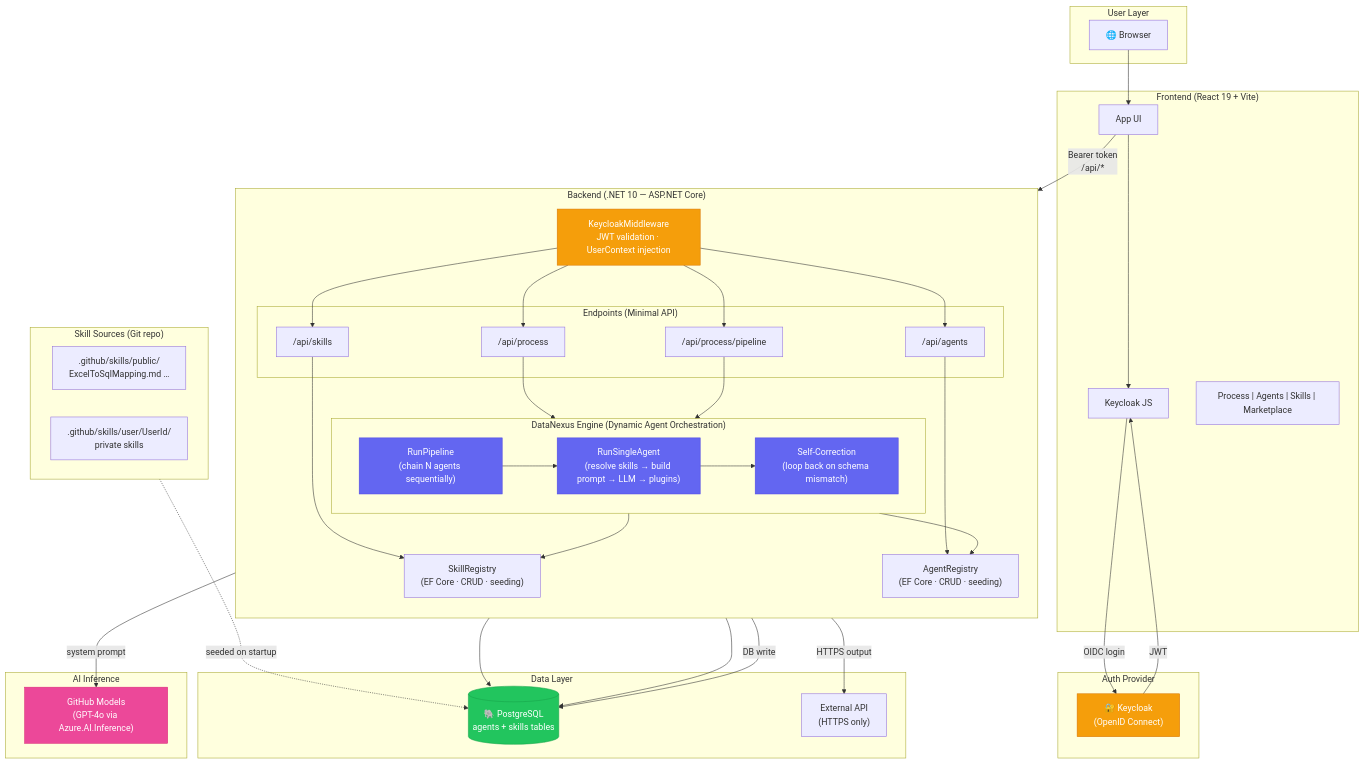
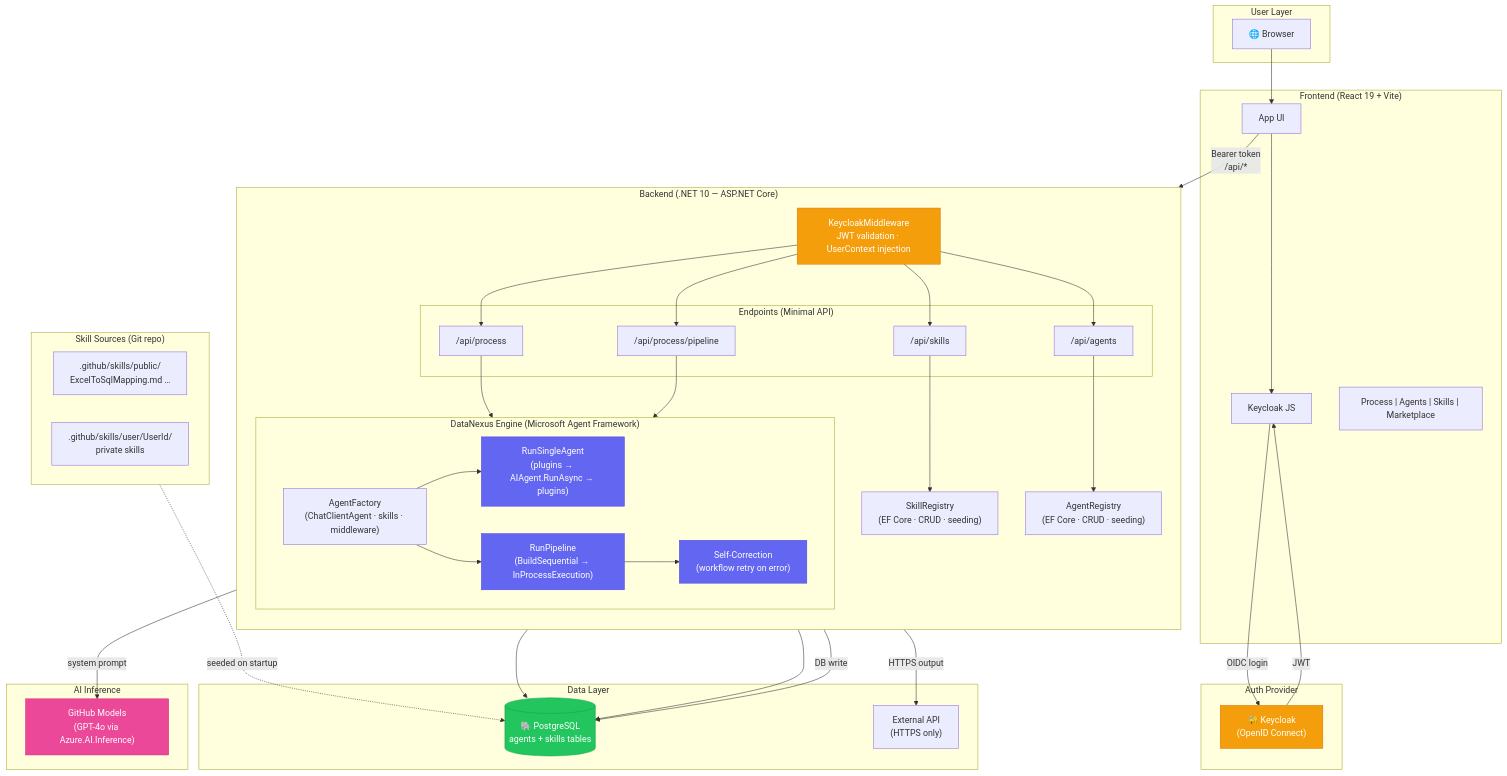
One commit to lishuren/DataNexusAgent changed the diagram in .github/copilot-instructions.md. Above: the diagram before and after it, drawn with Mermaid. The commit also changed other lines of this file and 21 other files, not shown here.

First line of the commit message:
Refactor agent framework: Remove legacy agents and integrate new AI-based execution

```diff
--- a/.github/copilot-instructions.md
+++ b/.github/copilot-instructions.md
@@ -42,13 +42,15 @@
             EP_Agents["/api/agents"]
         end
 
-        subgraph "DataNexus Engine  (Dynamic Agent Orchestration)"
+        subgraph "DataNexus Engine  (Microsoft Agent Framework)"
             direction LR
-            SingleRun["RunSingleAgent\n(resolve skills → build prompt → LLM → plugins)"]
-            Pipeline["RunPipeline\n(chain N agents sequentially)"]
-            SelfCorrect["Self-Correction\n(loop back on schema mismatch)"]
-            Pipeline --> SingleRun
-            SingleRun --> SelfCorrect
+            AF["AgentFactory\n(ChatClientAgent · skills · middleware)"]
+            SingleRun["RunSingleAgent\n(plugins → AIAgent.RunAsync → plugins)"]
+            Pipeline["RunPipeline\n(BuildSequential → InProcessExecution)"]
+            SelfCorrect["Self-Correction\n(workflow retry on error)"]
+            AF --> SingleRun
+            AF --> Pipeline
+            Pipeline --> SelfCorrect
         end
 
         AR["AgentRegistry\n(EF Core · CRUD · seeding)"]
@@ -85,8 +87,6 @@
     EP_Agents --> AR
     SR --> PG
     AR --> PG
-    SingleRun --> SR
-    SingleRun --> AR
     SingleRun -- "system prompt" --> GH_Models
     SingleRun -- "HTTPS output" --> ExtAPI
     SingleRun -- "DB write" --> PG
```
